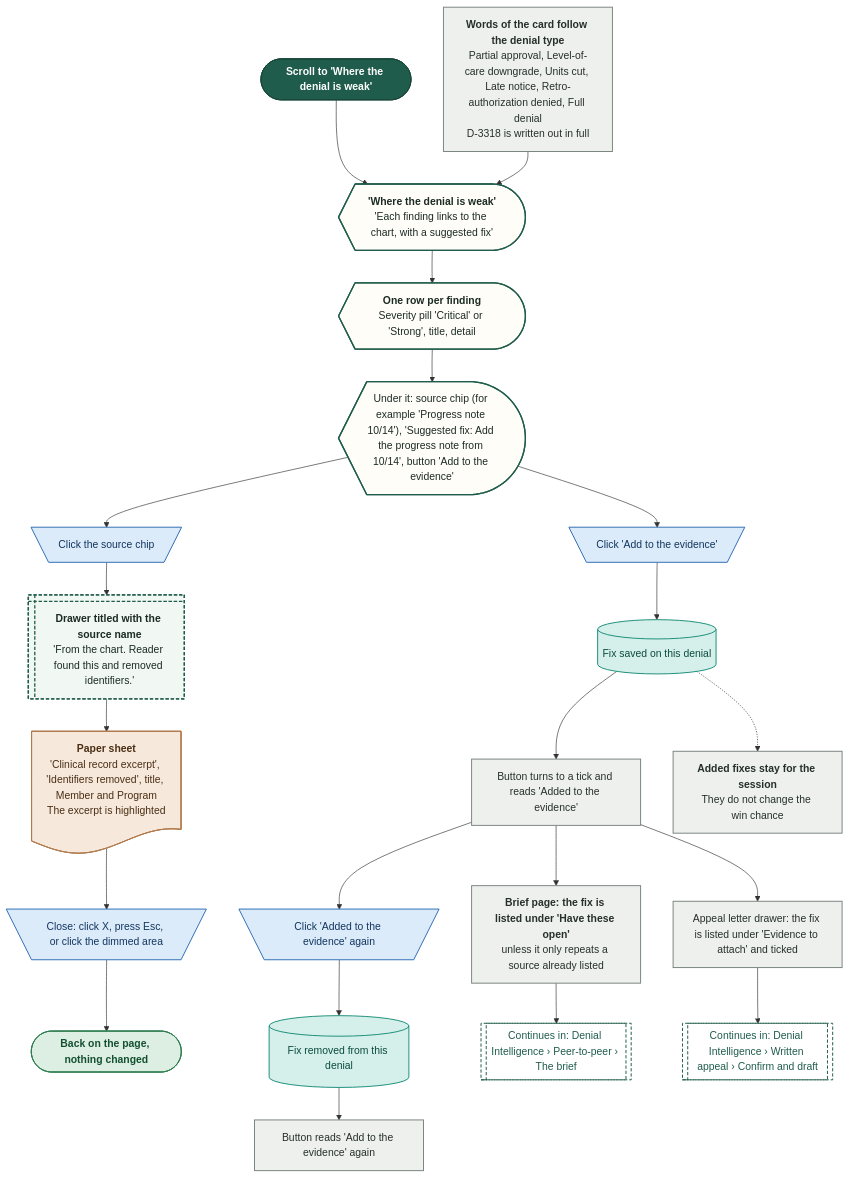
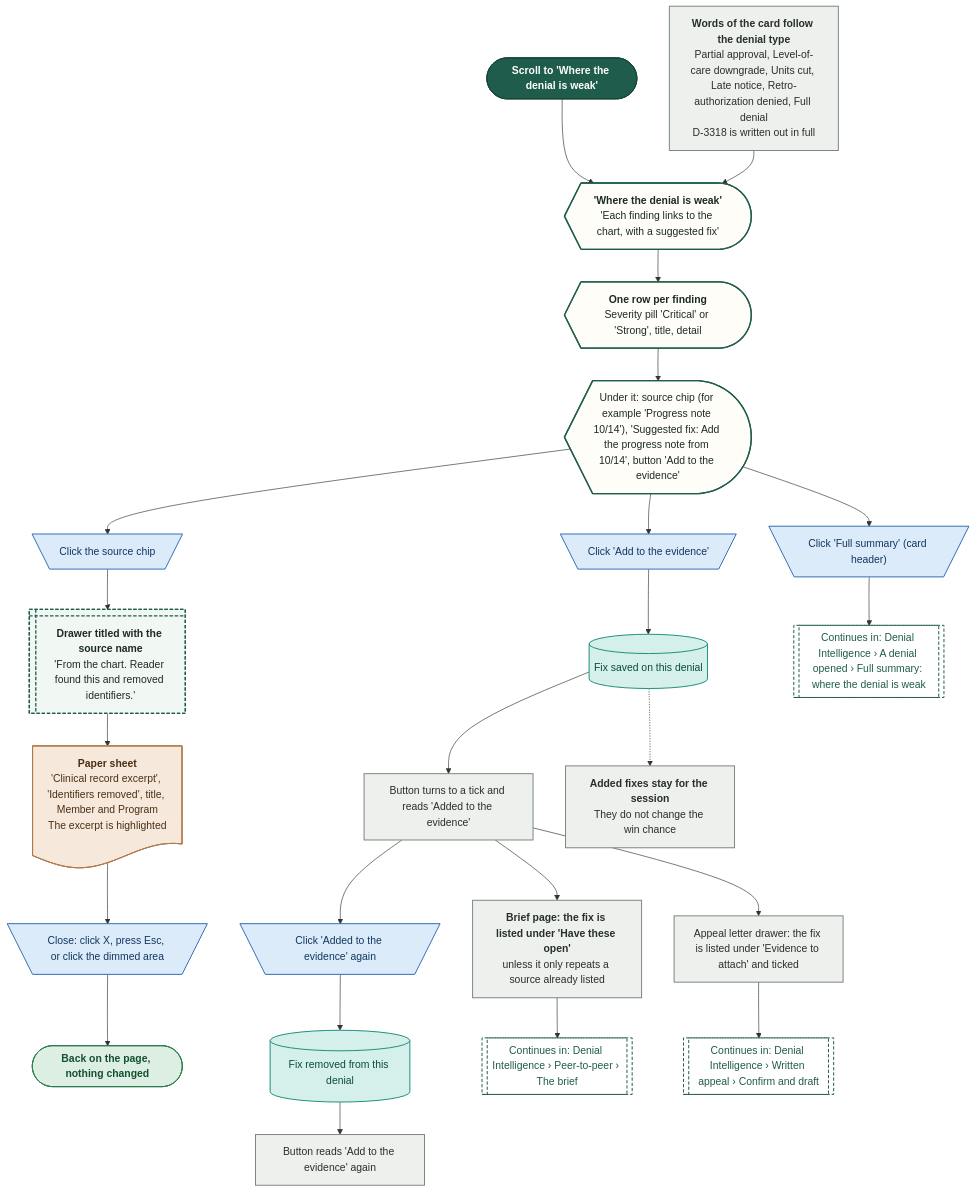
The fifth of 25 diagrams in demos/prior-auth-demo/workflows/out/md/06-denials.md (Shrav143/psyfloapp), drawn with Mermaid before and after one commit. The commit also changed other lines of this file and 39 other files, not shown here.

First line of the commit message:
docs: appeal analysis report in the site map and README; rebuild the workflow diagrams (225)

````diff
--- a/demos/prior-auth-demo/workflows/out/md/06-denials.md
+++ b/demos/prior-auth-demo/workflows/out/md/06-denials.md
@@ -340,58 +346,61 @@
 ```mermaid
 %%{init: {"theme":"base","themeVariables":{"fontFamily":"'DM Sans', 'Segoe UI', system-ui, sans-serif","fontSize":"15px","lineColor":"#5B6B63","primaryTextColor":"#1C2B25","clusterBkg":"#FBF8F3","clusterBorder":"#D9CDBB","edgeLabelBackground":"#FFFFFF"},"flowchart":{"curve":"basis","nodeSpacing":36,"rankSpacing":48,"padding":12,"htmlLabels":true,"useMaxWidth":false,"wrappingWidth":230}} }%%
 flowchart TD
   classDef k_start fill:#1F5C4B,stroke:#174638,color:#FFFFFF,stroke-width:1.5px,font-weight:600
   classDef k_end fill:#DDEFE3,stroke:#2E7D4F,color:#14502F,stroke-width:1.5px,font-weight:600
   classDef k_endx fill:#FBE3E0,stroke:#C0392B,color:#7A1F16,stroke-width:1.5px,font-weight:600
   classDef k_screen fill:#FFFDF8,stroke:#1F5C4B,color:#1C2B25,stroke-width:2px
   classDef k_overlay fill:#F1F7F3,stroke:#1F5C4B,color:#1C2B25,stroke-width:2px,stroke-dasharray:5 3
   classDef k_click fill:#DCEBFA,stroke:#2F6DB5,color:#12365F,stroke-width:1.5px
   classDef k_input fill:#E4E7FF,stroke:#4C5FD5,color:#1D2670,stroke-width:1.5px
   classDef k_process fill:#EEF0EE,stroke:#7A857F,color:#26302B,stroke-width:1.5px
   classDef k_agent fill:#EEE5FA,stroke:#7A4FC2,color:#341A63,stroke-width:1.5px
   classDef k_decision fill:#FFF0CC,stroke:#D9962B,color:#5C3B00,stroke-width:1.5px
   classDef k_store fill:#D5F0EA,stroke:#1C8E7B,color:#0B4A3F,stroke-width:1.5px
   classDef k_doc fill:#F6E9DC,stroke:#B07A4C,color:#4A2E14,stroke-width:1.5px
   classDef k_ext fill:#FFE6D2,stroke:#E07B39,color:#6B2F06,stroke-width:1.5px
   classDef k_wait fill:#E4E8EE,stroke:#6B7C93,color:#26303D,stroke-width:1.5px
   classDef k_toast fill:#FFF9DB,stroke:#C9A400,color:#5A4A00,stroke-width:1.5px
   classDef k_goto fill:#FFFFFF,stroke:#1F5C4B,color:#1F5C4B,stroke-width:1.5px,stroke-dasharray:5 3
   s1@{ shape: stadium, label: "Scroll to 'Where the denial is weak'" }
   p0@{ shape: rect, label: "<b>Words of the card follow the denial type</b><br/>Partial approval, Level-of-care downgrade, Units cut, Late notice, Retro-authorization denied, Full denial<br/>D-3318 is written out in full" }
   sc1@{ shape: curv-trap, label: "<b>'Where the denial is weak'</b><br/>'Each finding links to the chart, with a suggested fix'" }
   f1@{ shape: curv-trap, label: "<b>One row per finding</b><br/>Severity pill 'Critical' or 'Strong', title, detail" }
   f2@{ shape: curv-trap, label: "Under it: source chip (for example 'Progress note 10/14'), 'Suggested fix: Add the progress note from 10/14', button 'Add to the evidence'" }
   c1@{ shape: trap-t, label: "Click the source chip" }
   o1@{ shape: win-pane, label: "<b>Drawer titled with the source name</b><br/>'From the chart. Reader found this and removed identifiers.'" }
   dc1@{ shape: doc, label: "<b>Paper sheet</b><br/>'Clinical record excerpt', 'Identifiers removed', title, Member and Program<br/>The excerpt is highlighted" }
   c2@{ shape: trap-t, label: "Close: click X, press Esc, or click the dimmed area" }
   e1@{ shape: stadium, label: "Back on the page, nothing changed" }
   c3@{ shape: trap-t, label: "Click 'Add to the evidence'" }
   st1@{ shape: cyl, label: "Fix saved on this denial" }
   p1@{ shape: rect, label: "Button turns to a tick and reads 'Added to the evidence'" }
   c4@{ shape: trap-t, label: "Click 'Added to the evidence' again" }
   st2@{ shape: cyl, label: "Fix removed from this denial" }
   p2@{ shape: rect, label: "Button reads 'Add to the evidence' again" }
   p3@{ shape: rect, label: "<b>Brief page: the fix is listed under 'Have these open'</b><br/>unless it only repeats a source already listed" }
   p4@{ shape: rect, label: "Appeal letter drawer: the fix is listed under 'Evidence to attach' and ticked" }
   g1@{ shape: subproc, label: "Continues in: Denial Intelligence › Peer-to-peer › The brief" }
   g2@{ shape: subproc, label: "Continues in: Denial Intelligence › Written appeal › Confirm and draft" }
   p5@{ shape: rect, label: "<b>Added fixes stay for the session</b><br/>They do not change the win chance" }
+  c5@{ shape: trap-t, label: "Click 'Full summary' (card header)" }
+  g3@{ shape: subproc, label: "Continues in: Denial Intelligence › A denial opened › Full summary: where the denial is weak" }
   s1 --> sc1
   p0 --> sc1
   sc1 --> f1 --> f2
   f2 --> c1 --> o1 --> dc1 --> c2 --> e1
   f2 --> c3 --> st1 --> p1 --> c4 --> st2 --> p2
   p1 --> p3 --> g1
   p1 --> p4 --> g2
   st1 -.-> p5
+  f2 --> c5 --> g3
   class s1 k_start
   class p0,p1,p2,p3,p4,p5 k_process
   class sc1,f1,f2 k_screen
-  class c1,c2,c3,c4 k_click
+  class c1,c2,c3,c4,c5 k_click
   class o1 k_overlay
   class dc1 k_doc
   class e1 k_end
   class st1,st2 k_store
-  class g1,g2 k_goto
+  class g1,g2,g3 k_goto
 ```
````
